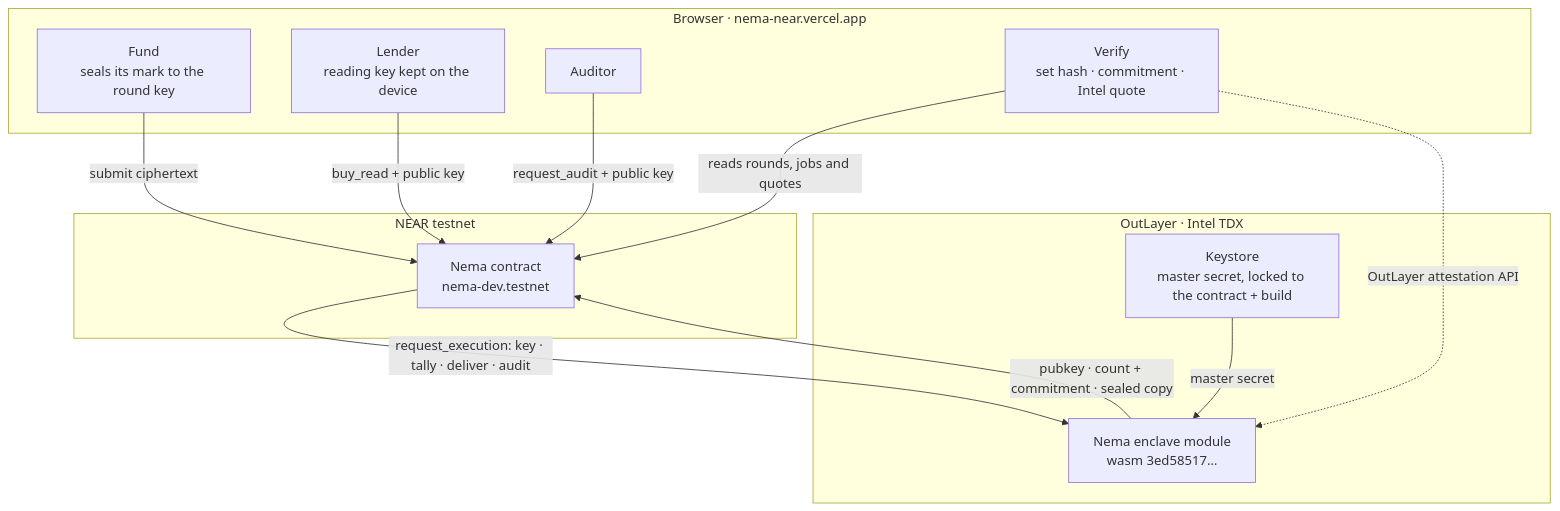
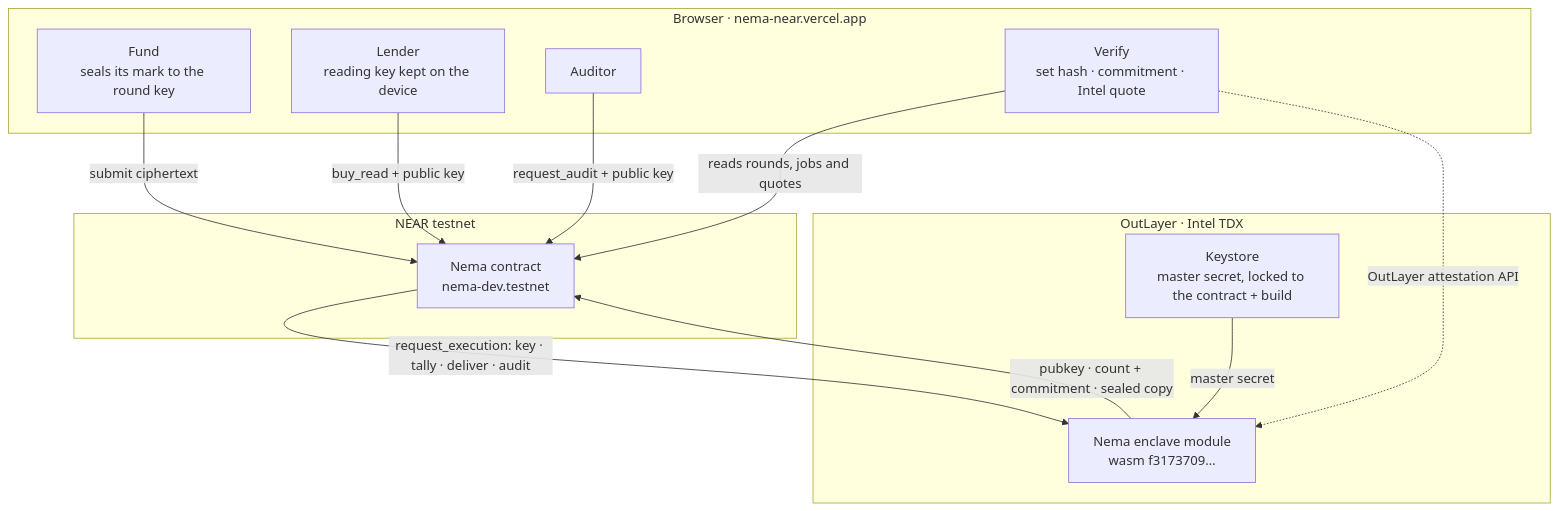
Before and after one commit to Dami904/nema: the first of 3 diagrams in README.md, drawn with Mermaid. The commit also changed other lines of this file and 8 other files, not shown here.

````diff
--- a/README.md
+++ b/README.md
@@ -210,25 +210,25 @@
 ```mermaid
 flowchart TD
   subgraph Browser["Browser · nema-near.vercel.app"]
     F["Fund<br/>seals its mark to the round key"]
     L["Lender<br/>reading key kept on the device"]
     A["Auditor"]
     V["Verify<br/>set hash · commitment · Intel quote"]
   end
   subgraph NEAR["NEAR testnet"]
     C["Nema contract<br/>nema-dev.testnet"]
   end
   subgraph OutLayer["OutLayer · Intel TDX"]
-    E["Nema enclave module<br/>wasm 3ed58517…"]
+    E["Nema enclave module<br/>wasm f3173709…"]
     K["Keystore<br/>master secret, locked to the contract + build"]
   end
 
   F -- "submit ciphertext" --> C
   L -- "buy_read + public key" --> C
   A -- "request_audit + public key" --> C
   C -- "request_execution: key · tally · deliver · audit" --> E
   K -- "master secret" --> E
   E -- "pubkey · count + commitment · sealed copy" --> C
   V -- "reads rounds, jobs and quotes" --> C
   V -. "OutLayer attestation API" .-> E
 ```
````
